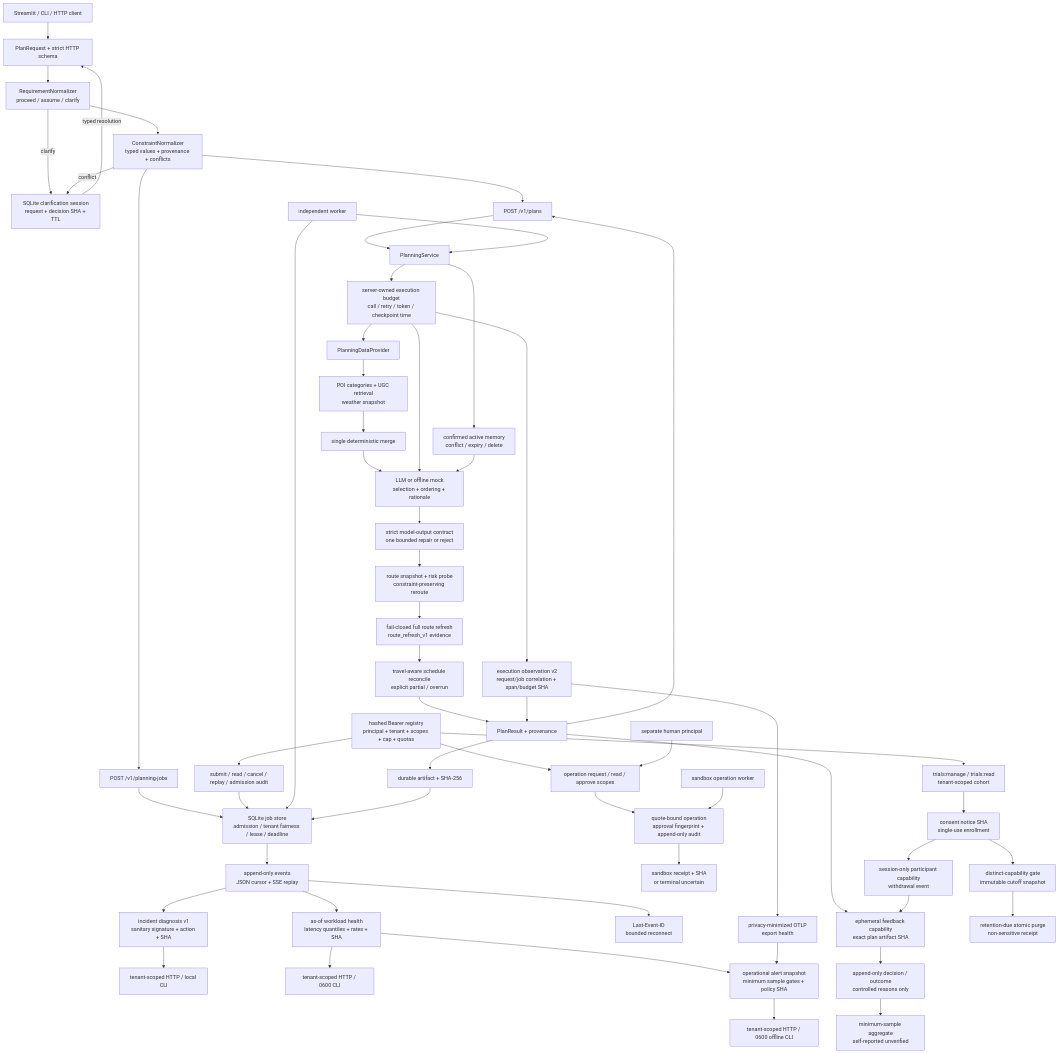
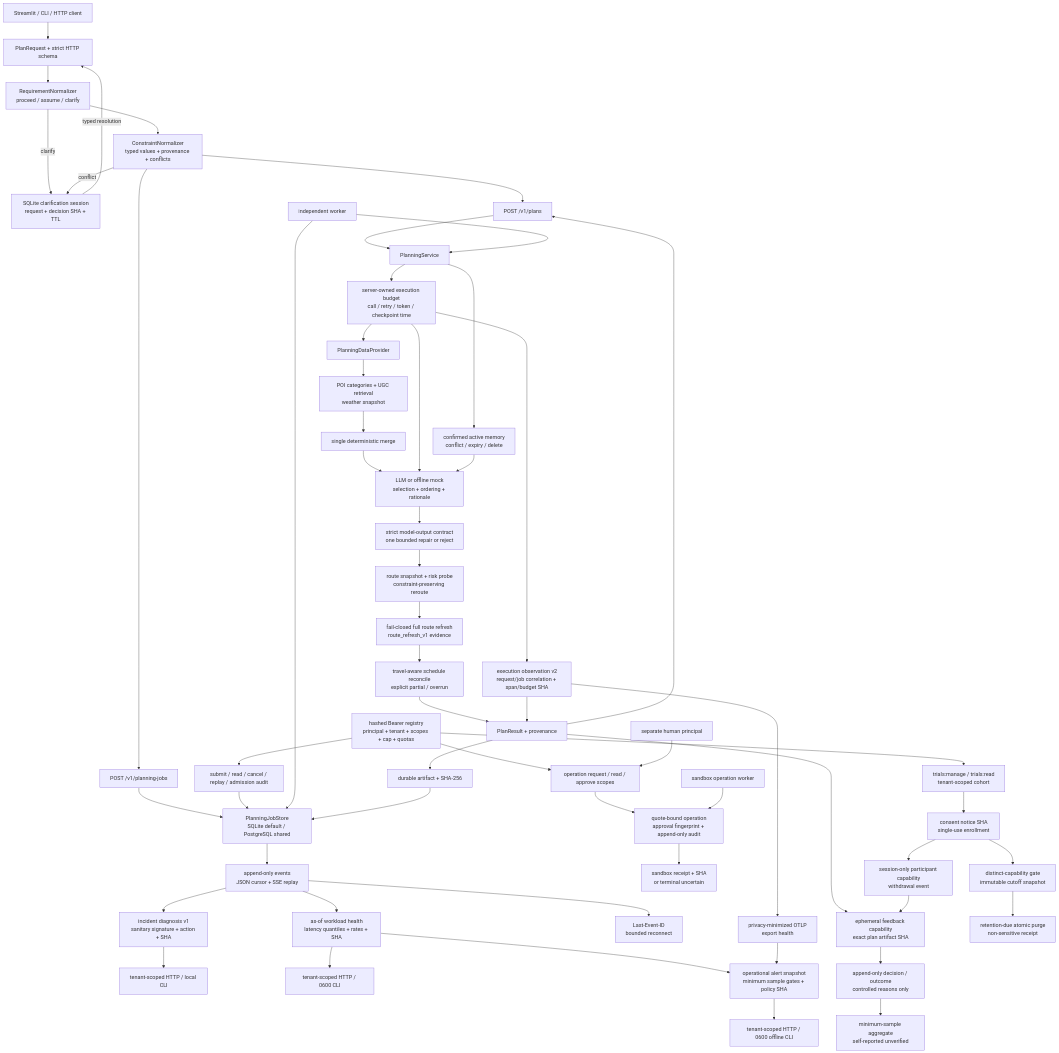
Before and after one commit to estelledc/bj-pal: the diagram in README.md, drawn with Mermaid. The commit also changed other lines of this file and 7 other files, not shown here.

````diff
--- a/README.md
+++ b/README.md
@@ -87,59 +89,59 @@
 ```mermaid
 flowchart TD
     Client["Streamlit / CLI / HTTP client"] --> Contract["PlanRequest + strict HTTP schema"]
     Contract --> Gate["RequirementNormalizer\nproceed / assume / clarify"]
     Gate --> Ledger["ConstraintNormalizer\ntyped values + provenance + conflicts"]
     Gate -->|clarify| Clarify["SQLite clarification session\nrequest + decision SHA + TTL"]
     Ledger -->|conflict| Clarify
     Clarify -->|typed resolution| Contract
     Ledger --> Sync["POST /v1/plans"]
     Ledger --> Submit["POST /v1/planning-jobs"]
-    Submit --> JobDB["SQLite job store\nadmission / tenant fairness / lease / deadline"]
+    Submit --> JobDB["PlanningJobStore\nSQLite default / PostgreSQL shared"]
     Auth["hashed Bearer registry\nprincipal + tenant + scopes + cap + quotas"] --> Control["submit / read / cancel / replay / admission audit"]
     Control --> JobDB
     JobDB --> Events["append-only events\nJSON cursor + SSE replay"]
     Events --> Diagnose["incident diagnosis v1\nsanitary signature + action + SHA"]
     Diagnose --> DiagnoseAPI["tenant-scoped HTTP / local CLI"]
     Events --> Health["as-of workload health\nlatency quantiles + rates + SHA"]
     Health --> HealthAPI["tenant-scoped HTTP / 0600 CLI"]
     Health --> Alerts["operational alert snapshot\nminimum sample gates + policy SHA"]
     Events --> Stream["Last-Event-ID\nbounded reconnect"]
     Worker["independent worker"] --> JobDB
     Sync --> Service["PlanningService"]
     Worker --> Service
     Service --> Budget["server-owned execution budget\ncall / retry / token / checkpoint time"]
     Budget --> Observe["execution observation v2\nrequest/job correlation + span/budget SHA"]
     Observe --> TraceExport["privacy-minimized OTLP\nexport health"]
     TraceExport --> Alerts
     Alerts --> AlertAPI["tenant-scoped HTTP / 0600 offline CLI"]
     Budget --> Data["PlanningDataProvider"]
     Service --> Memory["confirmed active memory\nconflict / expiry / delete"]
     Data --> Fanout["POI categories + UGC retrieval\nweather snapshot"]
     Fanout --> Merge["single deterministic merge"]
     Merge --> Planner["LLM or offline mock\nselection + ordering + rationale"]
     Budget --> Planner
     Memory --> Planner
     Planner --> OutputContract["strict model-output contract\none bounded repair or reject"]
     OutputContract --> Rules["route snapshot + risk probe\nconstraint-preserving reroute"]
     Rules --> Refresh["fail-closed full route refresh\nroute_refresh_v1 evidence"]
     Refresh --> Schedule["travel-aware schedule reconcile\nexplicit partial / overrun"]
     Schedule --> Result["PlanResult + provenance"]
     Observe --> Result
     Result --> Sync
     Result --> Artifact["durable artifact + SHA-256"]
     Artifact --> JobDB
     Auth --> OpAPI["operation request / read / approve scopes"]
     OpAPI --> OpDB["quote-bound operation\napproval fingerprint + append-only audit"]
     Approver["separate human principal"] --> OpAPI
     OpWorker["sandbox operation worker"] --> OpDB
     OpDB --> Receipt["sandbox receipt + SHA\nor terminal uncertain"]
     Result --> FeedbackInvite["ephemeral feedback capability\nexact plan artifact SHA"]
     FeedbackInvite --> FeedbackDB["append-only decision / outcome\ncontrolled reasons only"]
     FeedbackDB --> FeedbackSummary["minimum-sample aggregate\nself-reported unverified"]
     Auth --> TrialAdmin["trials:manage / trials:read\ntenant-scoped cohort"]
     TrialAdmin --> TrialDB["consent notice SHA\nsingle-use enrollment"]
     TrialDB --> Participant["session-only participant capability\nwithdrawal event"]
     Participant --> FeedbackInvite
     TrialDB --> TrialSnapshot["distinct-capability gate\nimmutable cutoff snapshot"]
     TrialSnapshot --> TrialPurge["retention-due atomic purge\nnon-sensitive receipt"]
 ```
````
